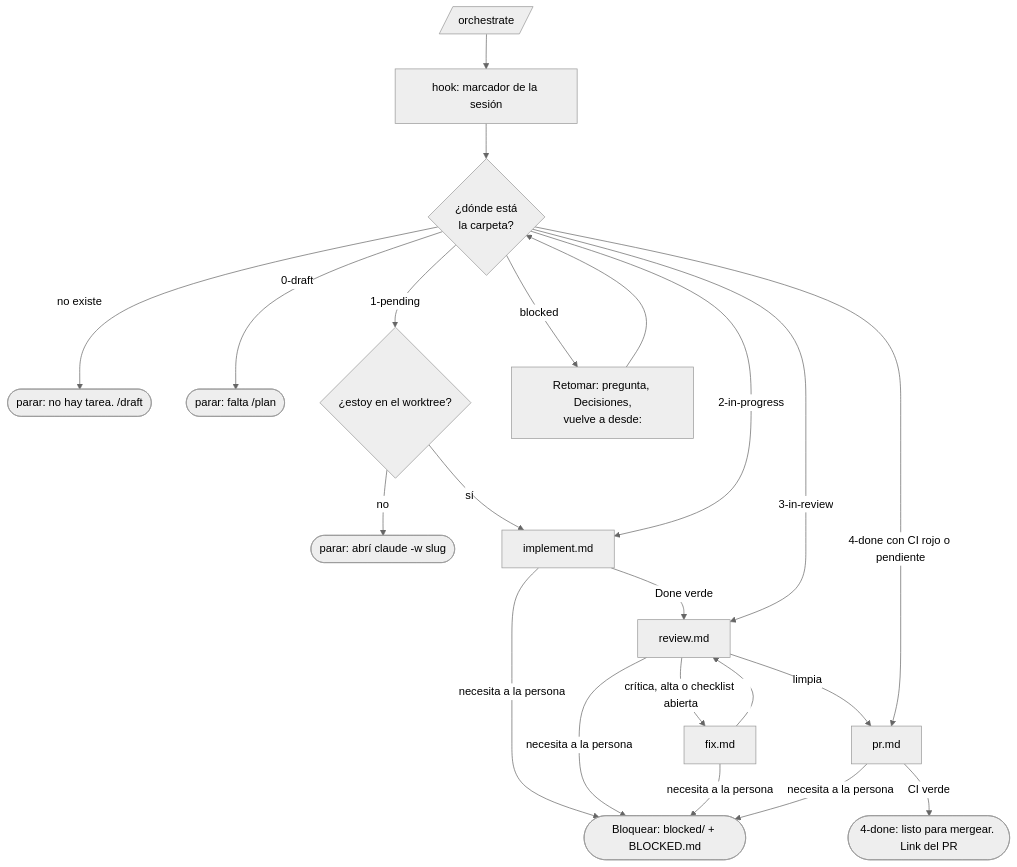
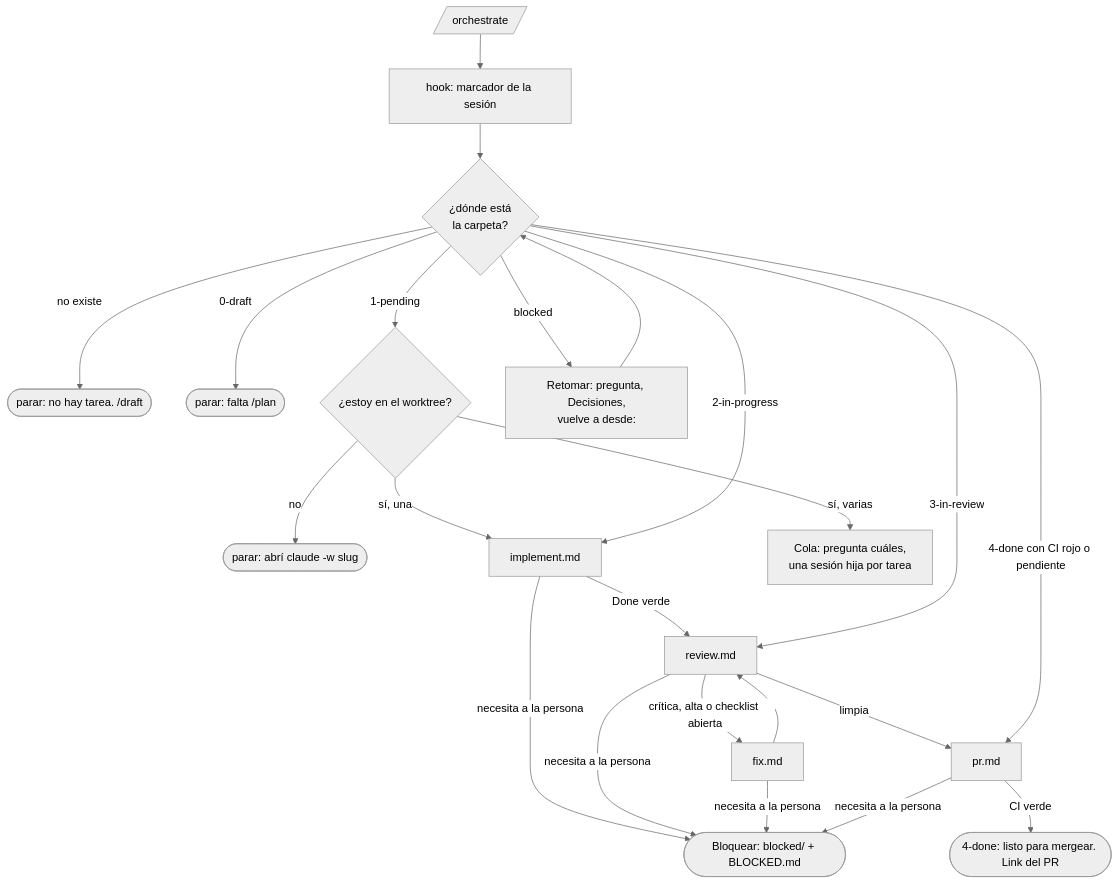
Before and after one commit to octavio-parozlabs/mindstack: the second of 3 diagrams in skills/workflow/references/orchestrate.md, drawn with Mermaid (neutral theme). The commit also changed other lines of this file and 15 other files, not shown here.

````diff
--- a/skills/workflow/references/orchestrate.md
+++ b/skills/workflow/references/orchestrate.md
@@ -20,18 +29,19 @@
 ```mermaid
 flowchart TD
     IN[/orchestrate/] --> MK["hook: marcador de la sesión"] --> ST{¿dónde está\nla carpeta?}
     ST -- no existe --> FIN0(["parar: no hay tarea. /draft"])
     ST -- 0-draft --> FIN1(["parar: falta /plan"])
     ST -- 1-pending --> WT{¿estoy en el worktree?}
     WT -- no --> FIN2(["parar: abrí claude -w slug"])
-    WT -- sí --> IM[implement.md]
+    WT -- "sí, una" --> IM[implement.md]
+    WT -- "sí, varias" --> CQ["Cola: pregunta cuáles,\nuna sesión hija por tarea"]
     ST -- 2-in-progress --> IM
     ST -- blocked --> UB["Retomar: pregunta, Decisiones,\nvuelve a desde:"] --> ST
     IM -- Done verde --> RV[review.md]
     ST -- 3-in-review --> RV
     RV -- "crítica, alta o checklist abierta" --> CO[fix.md] --> RV
     RV -- limpia --> PRC[pr.md]
     ST -- "4-done con CI rojo o pendiente" --> PRC
     PRC -- CI verde --> DONE(["4-done: listo para mergear. Link del PR"])
     IM & RV & CO & PRC -- "necesita a la persona" --> BL(["Bloquear: blocked/ + BLOCKED.md"])
 ```
````
